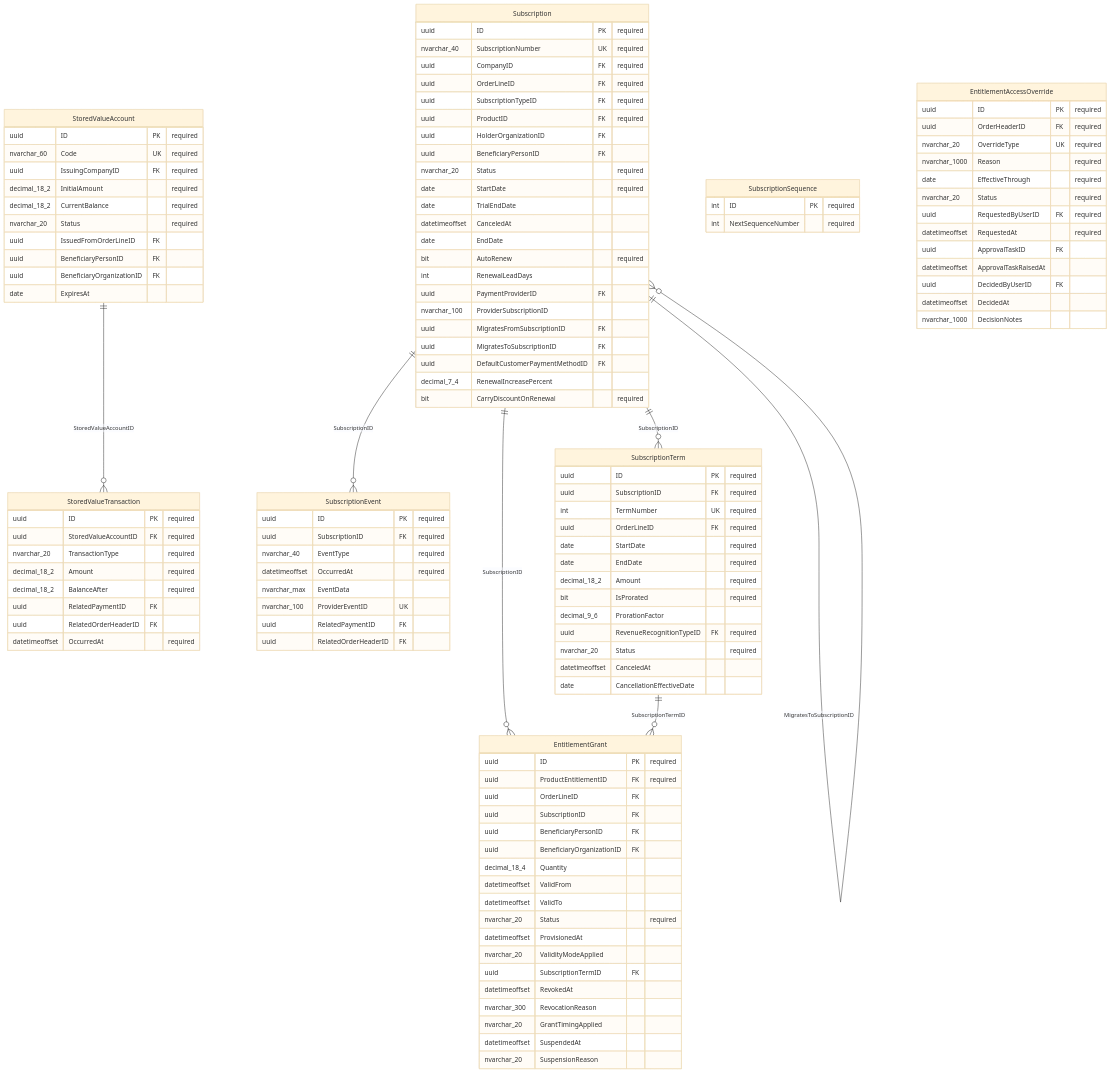
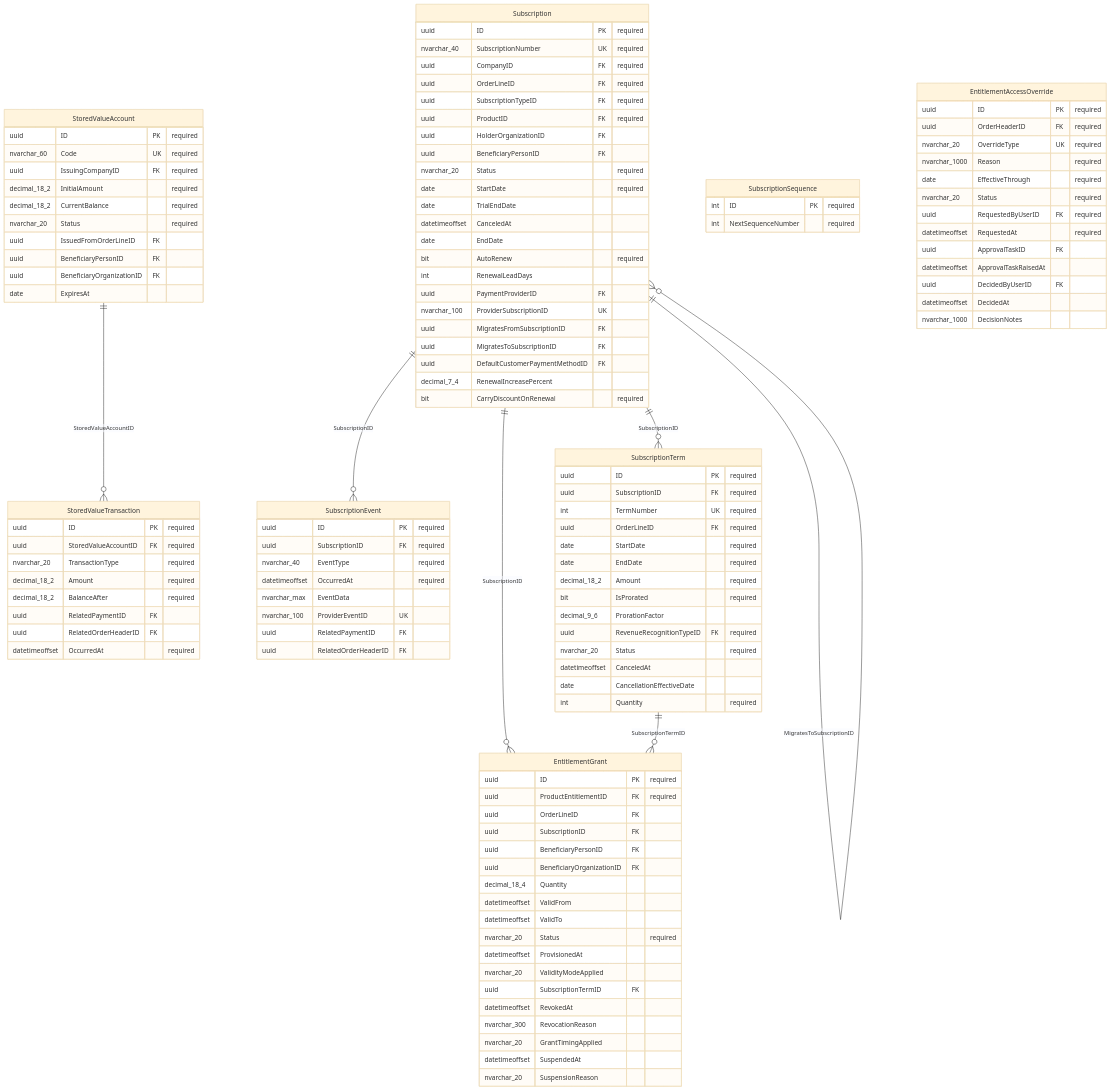
Before and after one commit to MemberJunction/bizapps-orders: the sixth of 12 diagrams in docs/ERD.md, drawn with Mermaid (base theme). The commit also changed other lines of this file and 3 other files, not shown here.

```diff
--- a/docs/ERD.md
+++ b/docs/ERD.md
@@ -945,7 +986,7 @@
         bit AutoRenew "required"
         int RenewalLeadDays
         uuid PaymentProviderID FK
-        nvarchar_100 ProviderSubscriptionID
+        nvarchar_100 ProviderSubscriptionID UK
         uuid MigratesFromSubscriptionID FK
         uuid MigratesToSubscriptionID FK
         uuid DefaultCustomerPaymentMethodID FK
@@ -966,6 +1007,7 @@
         nvarchar_20 Status "required"
         datetimeoffset CanceledAt
         date CancellationEffectiveDate
+        int Quantity "required"
     }
     SubscriptionEvent {
         uuid ID PK "required"
```
